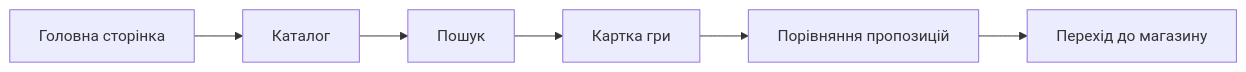
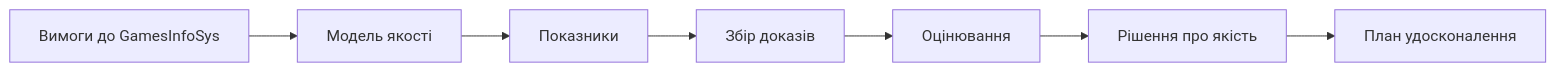
The first of 3 diagrams in 300_gamesinfosys/01_otsinka_yakosti_gamesinfosys.md (ly0wenka/doc), drawn with Mermaid before and after one commit. The commit also changed other lines of this file, not shown here.

````diff
--- a/300_gamesinfosys/01_otsinka_yakosti_gamesinfosys.md
+++ b/300_gamesinfosys/01_otsinka_yakosti_gamesinfosys.md
@@ -72,8 +83,9 @@
 ```mermaid
 flowchart LR
-    A["Головна сторінка"] --> B["Каталог"]
-    B --> C["Пошук"]
-    C --> D["Картка гри"]
-    D --> E["Порівняння пропозицій"]
-    E --> F["Перехід до магазину"]
+    A["Вимоги до GamesInfoSys"] --> B["Модель якості"]
+    B --> C["Показники"]
+    C --> D["Збір доказів"]
+    D --> E["Оцінювання"]
+    E --> F["Рішення про якість"]
+    F --> G["План удосконалення"]
 ```
````
